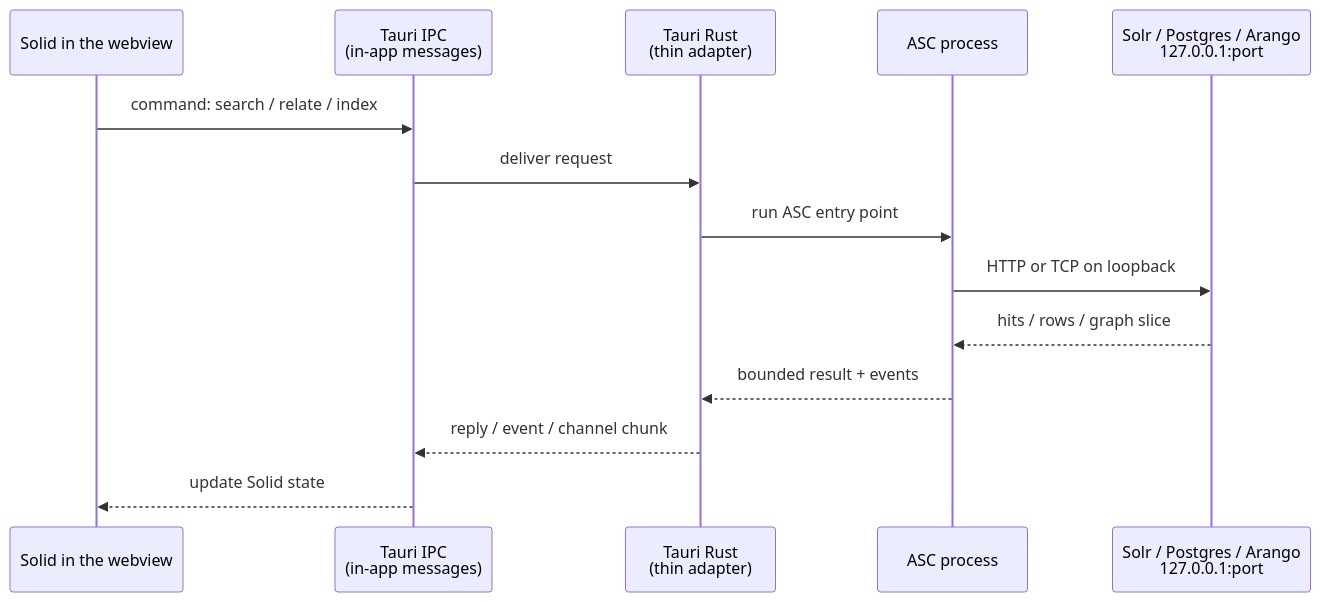
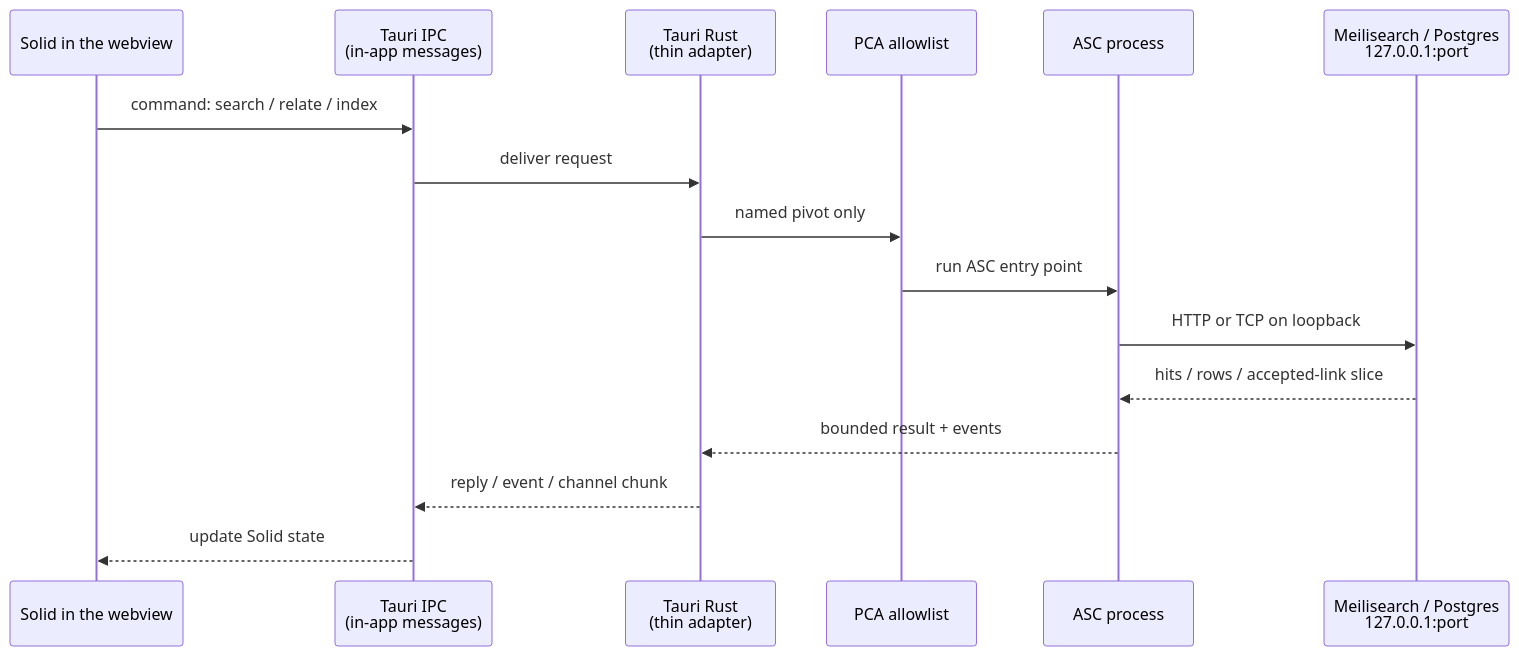
One commit to Paulmicha/projet-complexe-asc changed the second of 8 diagrams in data/ideas/2026/08/17-local-dev-stack-architecture.md. Above: the diagram before and after it, drawn with Mermaid. The commit also changed other lines of this file and 322 other files, not shown here.

````diff
--- a/data/ideas/2026/08/17-local-dev-stack-architecture.md
+++ b/data/ideas/2026/08/17-local-dev-stack-architecture.md
@@ -90,17 +124,19 @@
 ```mermaid
 sequenceDiagram
   participant UI as Solid in the webview
   participant IPC as Tauri IPC<br/>(in-app messages)
   participant Rust as Tauri Rust<br/>(thin adapter)
+  participant PCA as PCA allowlist
   participant ASC as ASC process
-  participant DB as Solr / Postgres / Arango<br/>127.0.0.1:port
+  participant DB as Meilisearch / Postgres<br/>127.0.0.1:port
 
   UI->>IPC: command: search / relate / index
   IPC->>Rust: deliver request
-  Rust->>ASC: run ASC entry point
+  Rust->>PCA: named pivot only
+  PCA->>ASC: run ASC entry point
   ASC->>DB: HTTP or TCP on loopback
-  DB-->>ASC: hits / rows / graph slice
+  DB-->>ASC: hits / rows / accepted-link slice
   ASC-->>Rust: bounded result + events
   Rust-->>IPC: reply / event / channel chunk
   IPC-->>UI: update Solid state
 ```
````
